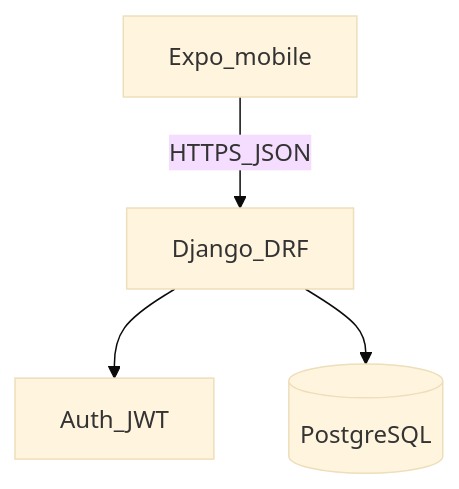
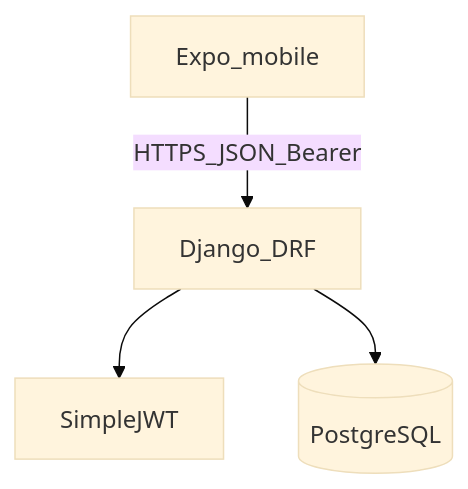
The diagram in docs/architecture/system.md (RtinFp/relapsa), drawn with Mermaid (base theme) before and after one commit. The commit also changed other lines of this file and 10 other files, not shown here.

````diff
--- a/docs/architecture/system.md
+++ b/docs/architecture/system.md
@@ -6,11 +6,11 @@
 ```mermaid
 flowchart TB
   mobile[Expo_mobile]
   api[Django_DRF]
   db[(PostgreSQL)]
-  auth[Auth_JWT]
+  jwt[SimpleJWT]
 
-  mobile -->|HTTPS_JSON| api
-  api --> auth
+  mobile -->|HTTPS_JSON_Bearer| api
+  api --> jwt
   api --> db
 ```
````
